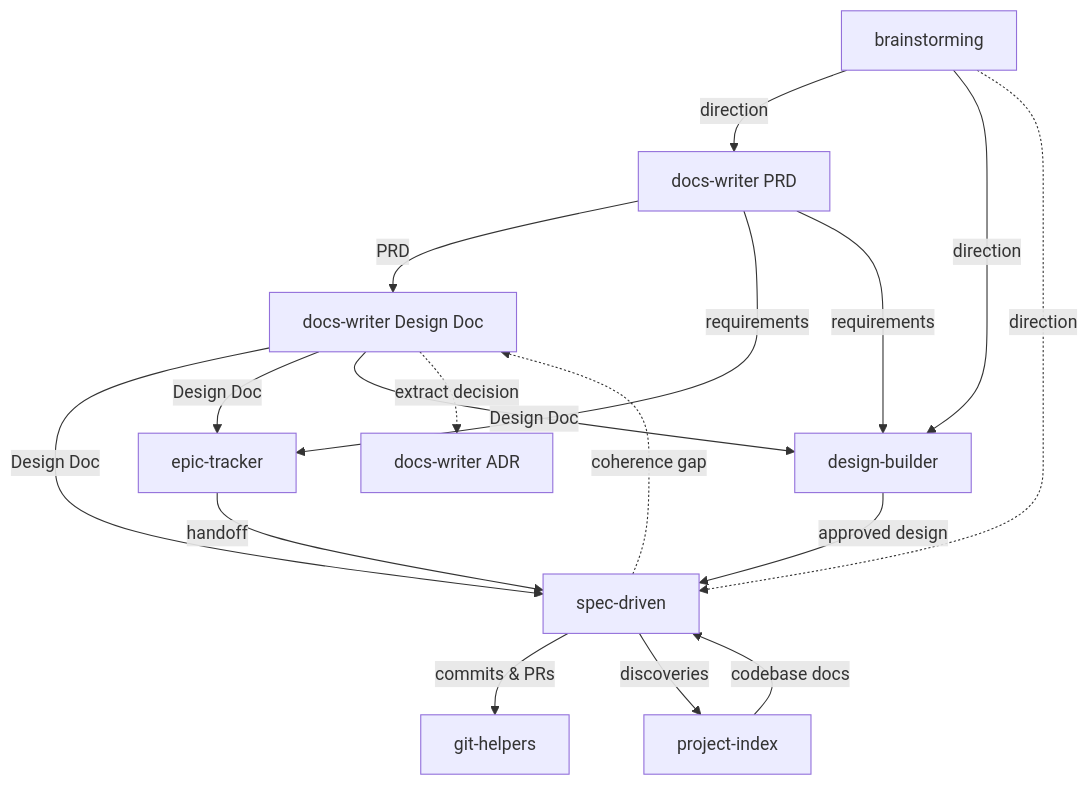
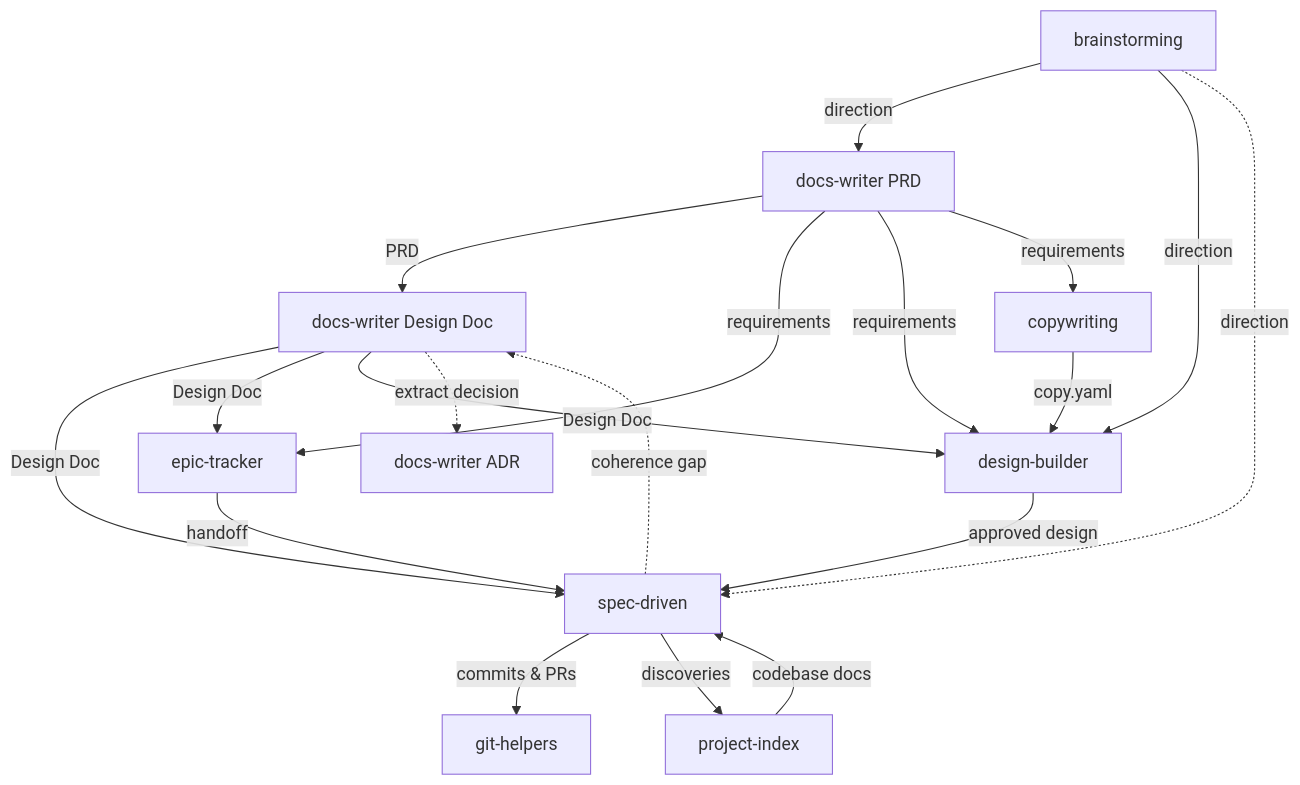
The diagram in README.md (adeonir/agent-skills), drawn with Mermaid before and after one commit. The commit also changed other lines of this file and 10 other files, not shown here.

````diff
--- a/README.md
+++ b/README.md
@@ -38,19 +39,21 @@
 ```mermaid
 flowchart TD
     BR[brainstorming] -->|direction| DW_PRD[docs-writer PRD]
     BR -->|direction| DB[design-builder]
     BR -.->|direction| SD[spec-driven]
     DW_PRD -->|PRD| DW_DD[docs-writer Design Doc]
     DW_PRD -->|requirements| ET[epic-tracker]
     DW_PRD -->|requirements| DB
+    DW_PRD -->|requirements| CW[copywriting]
+    CW -->|copy.yaml| DB
     DW_DD -->|Design Doc| SD
     DW_DD -->|Design Doc| ET
     DW_DD -->|Design Doc| DB
     DW_DD -.->|extract decision| DW_ADR[docs-writer ADR]
     ET -->|handoff| SD
     PI[project-index] -->|codebase docs| SD
     DB -->|approved design| SD
     SD -->|commits & PRs| GH[git-helpers]
     SD -->|discoveries| PI
     SD -.->|coherence gap| DW_DD
 ```
````
